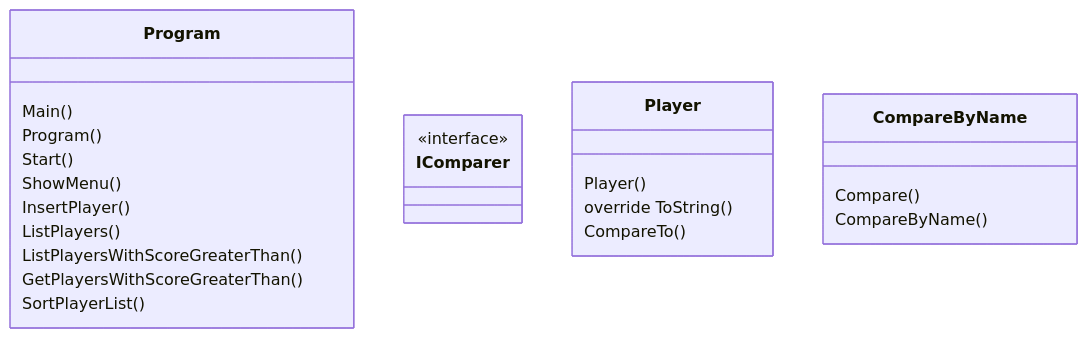
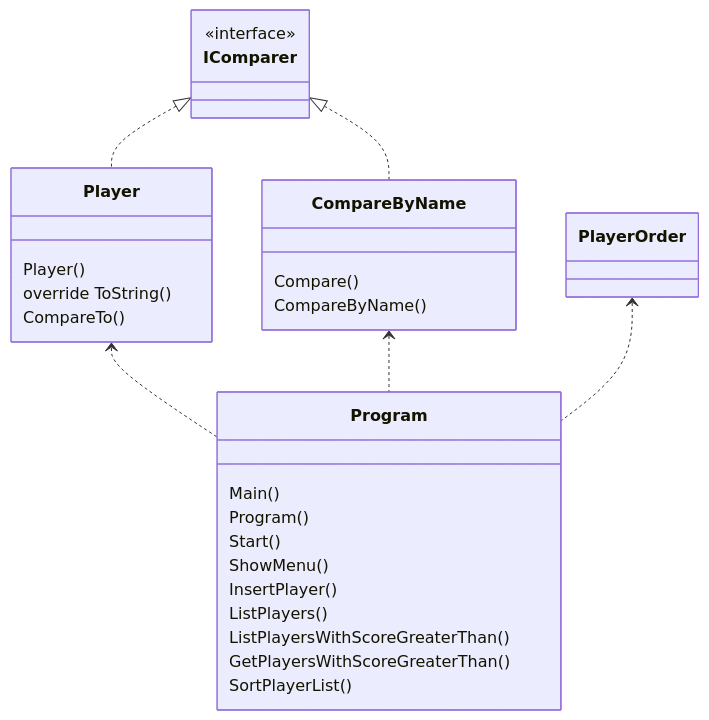
The diagram in PlayerManagerMVC/README.md (whamslambamsam/LP1Semana11), drawn with Mermaid before and after one commit.

Commit message:
Defined relationships between classes

````diff
--- a/PlayerManagerMVC/README.md
+++ b/PlayerManagerMVC/README.md
@@ -1,21 +1,29 @@
 ```mermaid
 classDiagram
 Program : Main()
 Program : Program()
 Program : Start()
 Program : ShowMenu()
 Program : InsertPlayer()
 Program : ListPlayers()
 Program : ListPlayersWithScoreGreaterThan()
 Program : GetPlayersWithScoreGreaterThan()
 Program : SortPlayerList()
 
 class IComparer <<interface>>
 
 Player : Player()
 Player : override ToString()
 Player : CompareTo()
 
 CompareByName : Compare()
 CompareByName : CompareByName()
+
+class PlayerOrder
+
+IComparer <|.. Player
+IComparer <|.. CompareByName
+Player <.. Program
+CompareByName <.. Program
+PlayerOrder <.. Program
 ```
````
